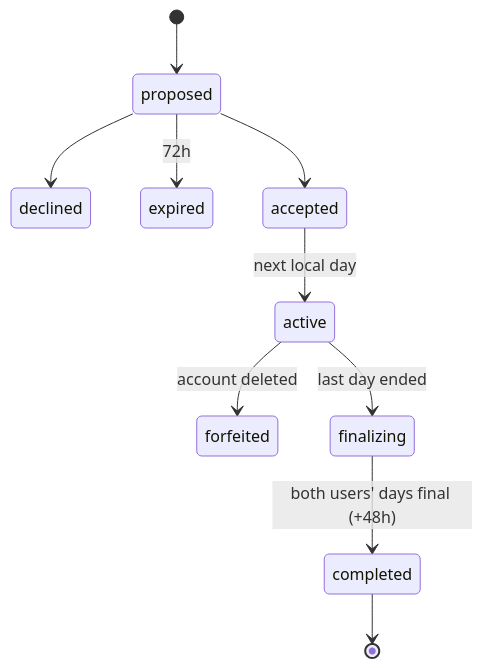
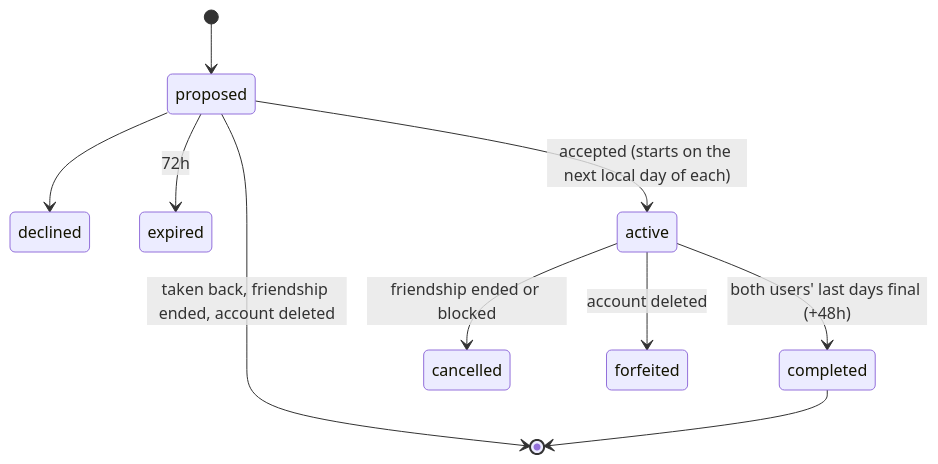
Before and after one commit to nebulai13/smoke-detector: the fourth of 4 diagrams in docs/HLD.md, drawn with Mermaid. The commit also changed other lines of this file and 3 other files, not shown here.

````diff
--- a/docs/HLD.md
+++ b/docs/HLD.md
@@ -657,12 +748,12 @@
 ```mermaid
 stateDiagram-v2
   [*] --> proposed
   proposed --> declined
   proposed --> expired : 72h
-  proposed --> accepted
-  accepted --> active : next local day
+  proposed --> [*] : taken back, friendship ended, account deleted
+  proposed --> active : accepted (starts on the next local day of each)
+  active --> cancelled : friendship ended or blocked
   active --> forfeited : account deleted
-  active --> finalizing : last day ended
-  finalizing --> completed : both users' days final (+48h)
+  active --> completed : both users' last days final (+48h)
   completed --> [*]
 ```
````
